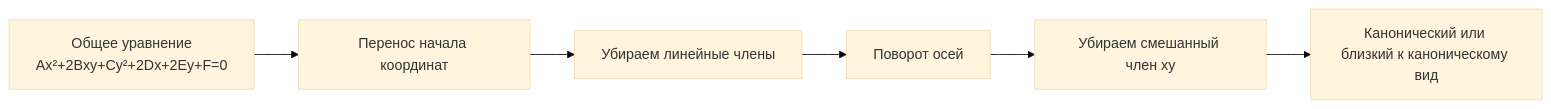
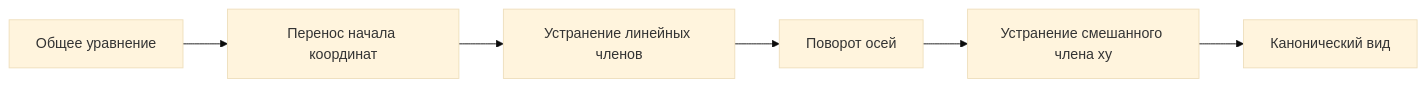
The diagram in subjects/analytical_geometry/notes/14 - Касательные, нормали и общее уравнение кривой второго порядка.md (164-gif/university), drawn with Mermaid (base theme) before and after one commit. The commit also changed other lines of this file, not shown here.

````diff
--- a/subjects/analytical_geometry/notes/14 - Касательные, нормали и общее уравнение кривой второго порядка.md
+++ b/subjects/analytical_geometry/notes/14 - Касательные, нормали и общее уравнение кривой второго порядка.md
@@ -142,8 +124,8 @@
 ```mermaid
 flowchart LR
-    A[Общее уравнение<br/>Ax²+2Bxy+Cy²+2Dx+2Ey+F=0] --> B[Перенос начала координат]
-    B --> C[Убираем линейные члены]
+    A[Общее уравнение] --> B[Перенос начала координат]
+    B --> C[Устранение линейных членов]
     C --> D[Поворот осей]
-    D --> E[Убираем смешанный член xy]
-    E --> F[Канонический или близкий к каноническому вид]
+    D --> E[Устранение смешанного члена xy]
+    E --> F[Канонический вид]
 ```
````
